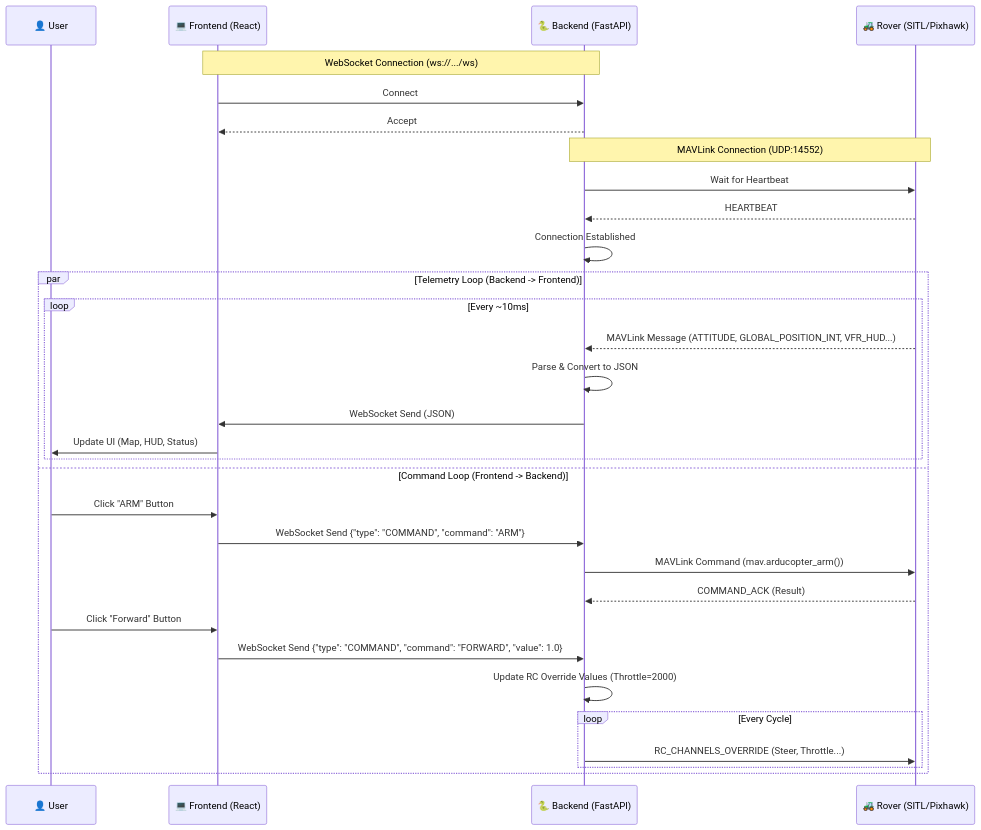
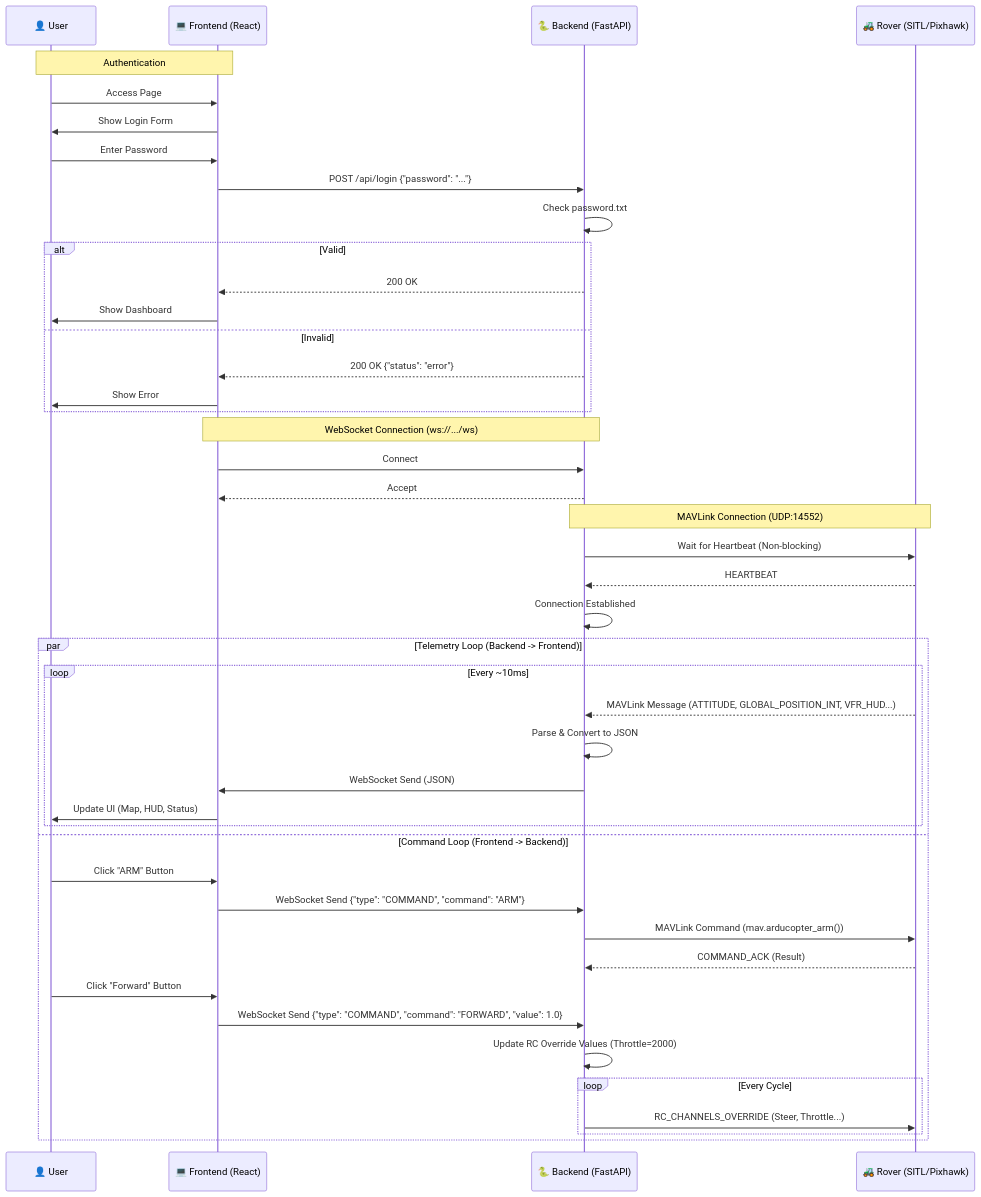
One commit to zorosdrone/rover-gcs changed the second of 3 diagrams in docs/architecture.md. Above: the diagram before and after it, drawn with Mermaid. The commit also changed other lines of this file and 2 other files, not shown here.

Commit message:
feat: 操作パネルにジョイスティックとスライダーモードを追加し、簡易認証機能を実装

````diff
--- a/docs/architecture.md
+++ b/docs/architecture.md
@@ -75,37 +75,51 @@
 ```mermaid
 sequenceDiagram
     participant User as 👤 User
     participant FE as 💻 Frontend (React)
     participant BE as 🐍 Backend (FastAPI)
     participant Rover as 🚜 Rover (SITL/Pixhawk)
 
+    Note over User, FE: Authentication
+    User->>FE: Access Page
+    FE->>User: Show Login Form
+    User->>FE: Enter Password
+    FE->>BE: POST /api/login {"password": "..."}
+    BE->>BE: Check password.txt
+    alt Valid
+        BE-->>FE: 200 OK
+        FE->>User: Show Dashboard
+    else Invalid
+        BE-->>FE: 200 OK {"status": "error"}
+        FE->>User: Show Error
+    end
+
     Note over FE, BE: WebSocket Connection (ws://.../ws)
     FE->>BE: Connect
     BE-->>FE: Accept
 
     Note over BE, Rover: MAVLink Connection (UDP:14552)
-    BE->>Rover: Wait for Heartbeat
+    BE->>Rover: Wait for Heartbeat (Non-blocking)
     Rover-->>BE: HEARTBEAT
     BE->>BE: Connection Established
 
     par Telemetry Loop (Backend -> Frontend)
         loop Every ~10ms
             Rover-->>BE: MAVLink Message (ATTITUDE, GLOBAL_POSITION_INT, VFR_HUD...)
             BE->>BE: Parse & Convert to JSON
             BE->>FE: WebSocket Send (JSON)
             FE->>User: Update UI (Map, HUD, Status)
         end
     and Command Loop (Frontend -> Backend)
         User->>FE: Click "ARM" Button
         FE->>BE: WebSocket Send {"type": "COMMAND", "command": "ARM"}
         BE->>Rover: MAVLink Command (mav.arducopter_arm())
         Rover-->>BE: COMMAND_ACK (Result)
         
         User->>FE: Click "Forward" Button
         FE->>BE: WebSocket Send {"type": "COMMAND", "command": "FORWARD", "value": 1.0}
         BE->>BE: Update RC Override Values (Throttle=2000)
         loop Every Cycle
             BE->>Rover: RC_CHANNELS_OVERRIDE (Steer, Throttle...)
         end
     end
 ```
````
